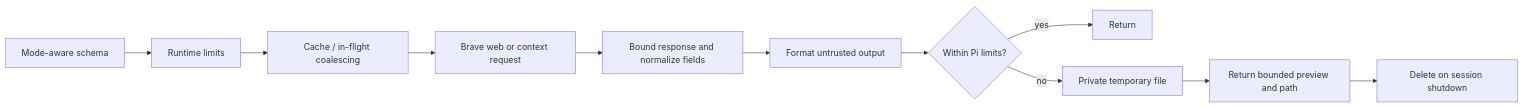
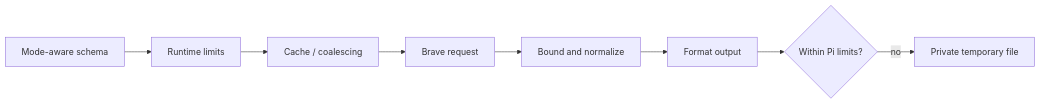
The second of 2 diagrams in docs/architecture.md (zeldrisho/pi-packages), drawn with Mermaid before and after one commit. The commit also changed other lines of this file and 10 other files, not shown here.

````diff
--- a/docs/architecture.md
+++ b/docs/architecture.md
@@ -76,13 +35,7 @@
 ```mermaid
 flowchart LR
-  A[Mode-aware schema] --> B[Runtime limits]
-  B --> C[Cache / in-flight coalescing]
-  C --> D[Brave web or context request]
-  D --> E[Bound response and normalize fields]
-  E --> F[Format untrusted output]
-  F --> G{Within Pi limits?}
-  G -- yes --> H[Return]
-  G -- no --> I[Private temporary file]
-  I --> J[Return bounded preview and path]
-  J --> K[Delete on session shutdown]
+  A[Mode-aware schema] --> B[Runtime limits] --> C[Cache / coalescing]
+  C --> D[Brave request] --> E[Bound and normalize]
+  E --> F[Format output] --> G{Within Pi limits?}
+  G -- no --> H[Private temporary file]
 ```
````
